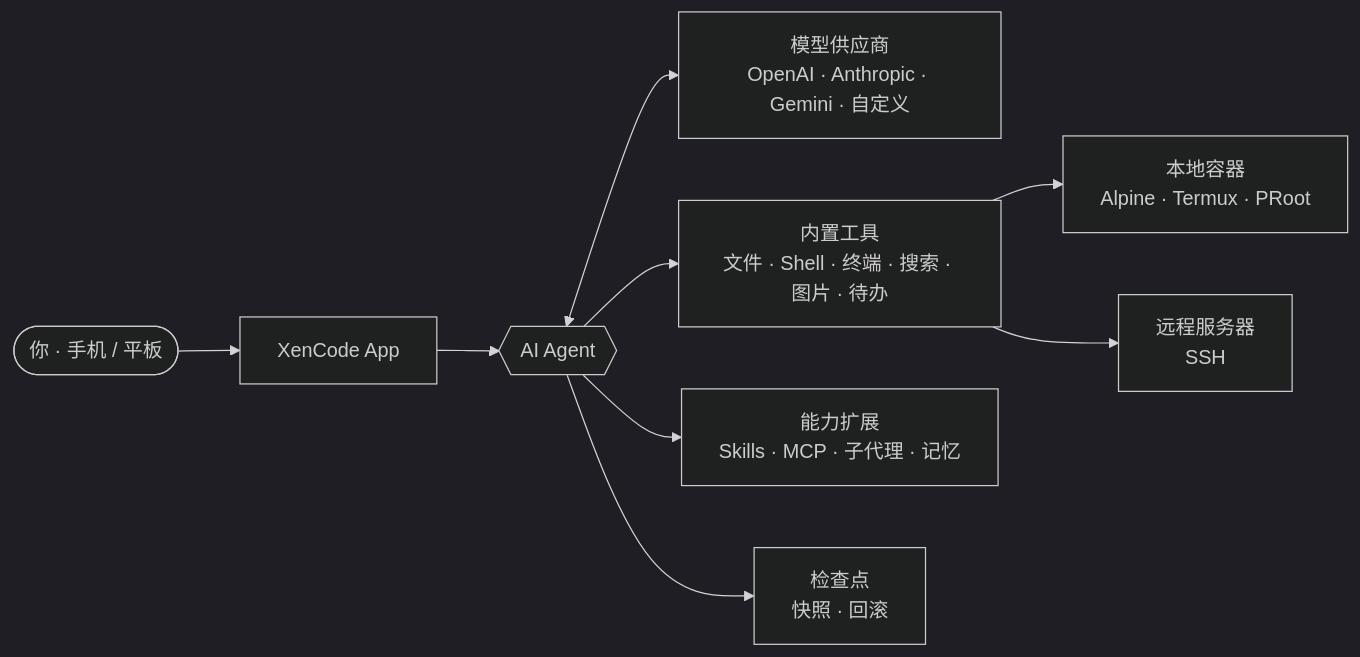
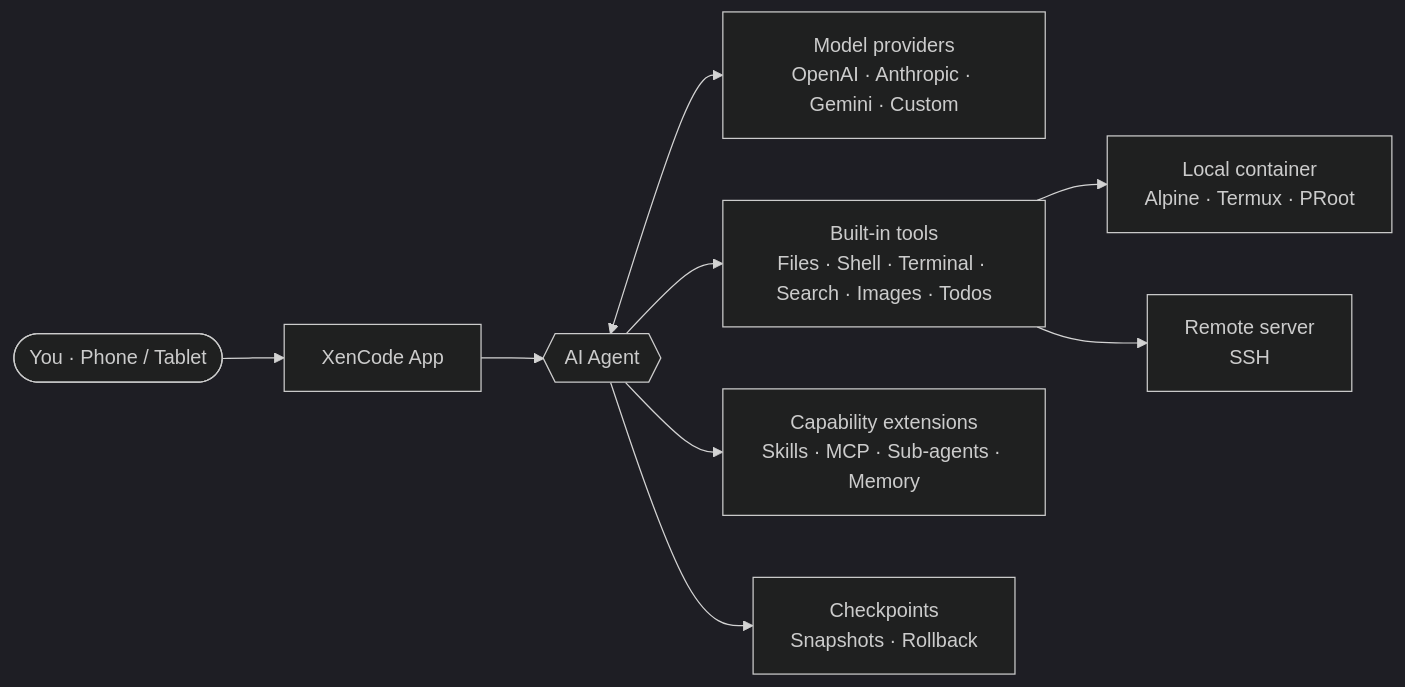
Before and after one commit to Resolutefemi/XenCode: the diagram in README.md, drawn with Mermaid (dark theme). The commit also changed other lines of this file and 591 other files, not shown here.

````diff
--- a/README.md
+++ b/README.md
@@ -94,11 +92,11 @@
 ```mermaid
 flowchart LR
-    U(["你 · 手机 / 平板"]) --> A["XenCode App"]
+    U(["You · Phone / Tablet"]) --> A["XenCode App"]
     A --> AG{{"AI Agent"}}
-    AG <--> M["模型供应商<br/>OpenAI · Anthropic · Gemini · 自定义"]
-    AG --> T["内置工具<br/>文件 · Shell · 终端 · 搜索 · 图片 · 待办"]
-    AG --> X["能力扩展<br/>Skills · MCP · 子代理 · 记忆"]
-    AG --> C["检查点<br/>快照 · 回滚"]
-    T --> L["本地容器<br/>Alpine · Termux · PRoot"]
-    T --> R["远程服务器<br/>SSH"]
+    AG <--> M["Model providers<br/>OpenAI · Anthropic · Gemini · Custom"]
+    AG --> T["Built-in tools<br/>Files · Shell · Terminal · Search · Images · Todos"]
+    AG --> X["Capability extensions<br/>Skills · MCP · Sub-agents · Memory"]
+    AG --> C["Checkpoints<br/>Snapshots · Rollback"]
+    T --> L["Local container<br/>Alpine · Termux · PRoot"]
+    T --> R["Remote server<br/>SSH"]
 ```
````
